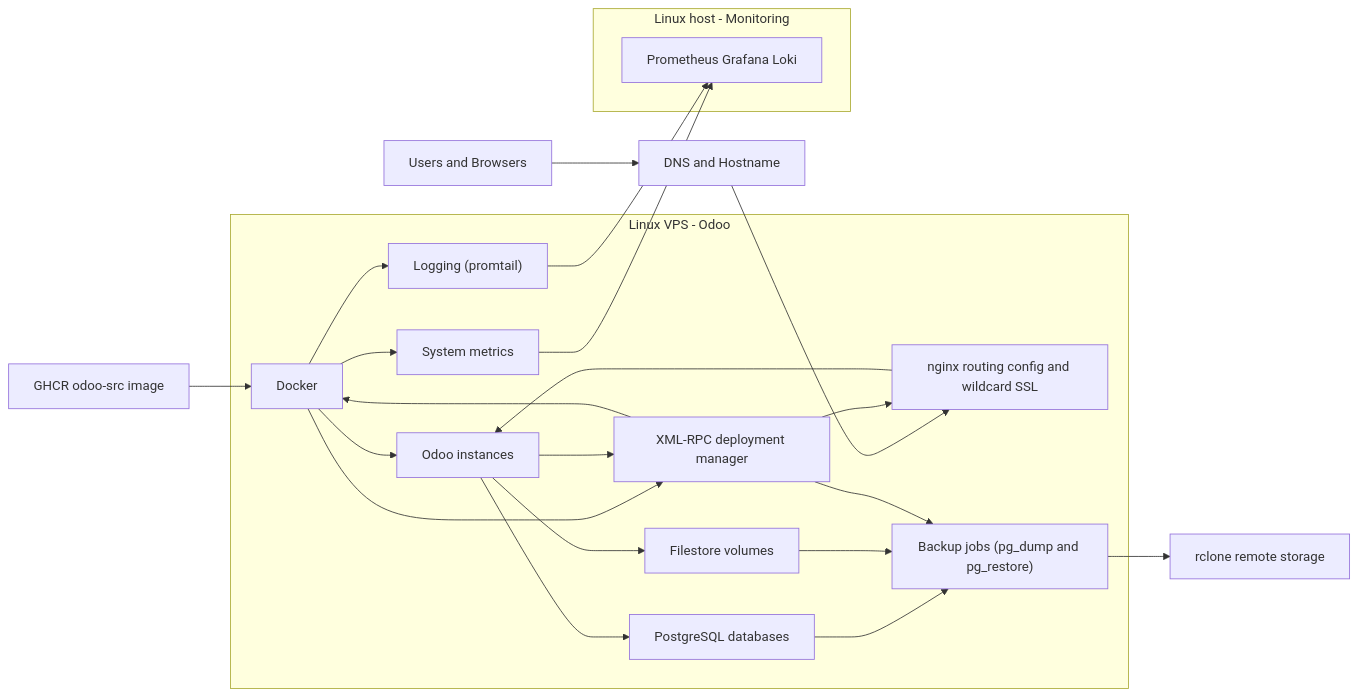
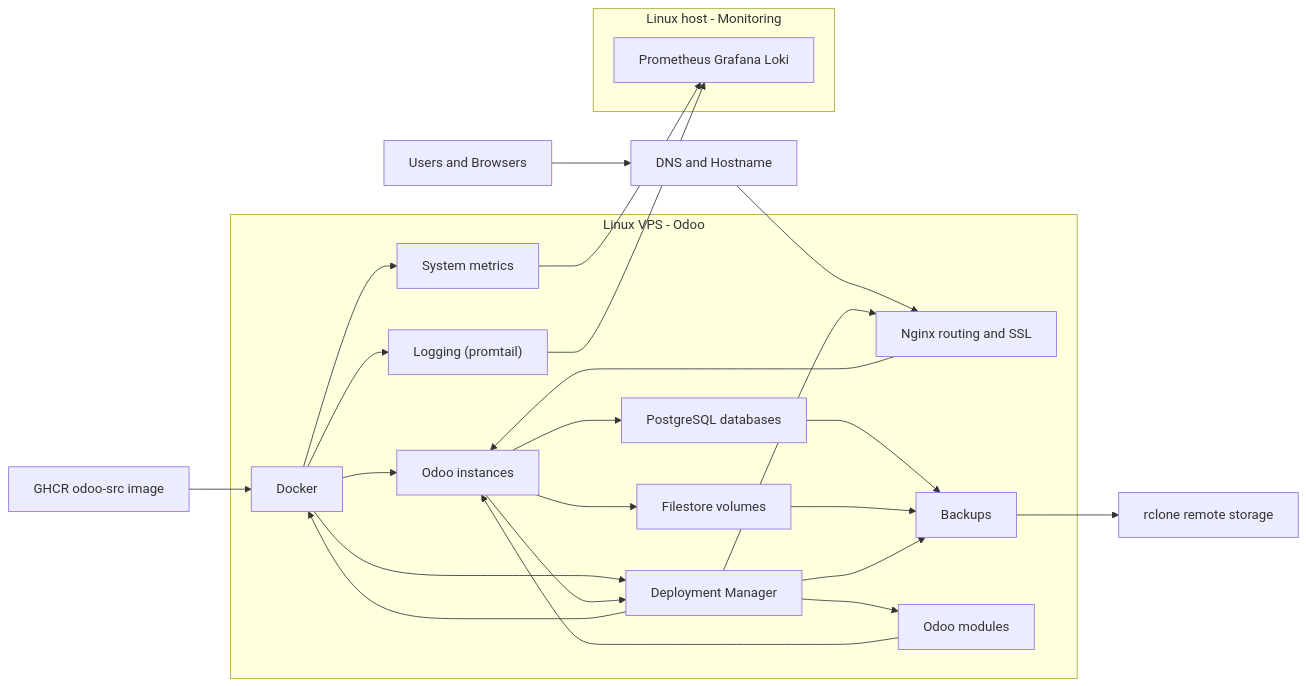
Before and after one commit to elmeriniemela/deploy-manager: the diagram in README.md, drawn with Mermaid. The commit also changed other lines of this file, not shown here.

````diff
--- a/README.md
+++ b/README.md
@@ -7,48 +7,65 @@
 ```mermaid
 flowchart LR
     GHCR["GHCR odoo-src image"]
+    User["Users and Browsers"]
+    DNS["DNS and Hostname"]
+    Nginx["Nginx routing and SSL"]
+    Odoo["Odoo instances"]
+    PG["PostgreSQL databases"]
+    FS["Filestore volumes"]
+    DeployManager["Deployment Manager"]
+    Backup["Backups"]
+    Rclone["rclone remote storage"]
+    Monitoring["Prometheus Grafana Loki"]
+    Metrics["System metrics"]
+    Logs["Logging (promtail)"]
+    Modules["Odoo modules"]
+
     GHCR --> Docker
     Docker --> Odoo
+    Modules --> Odoo
     Docker --> DeployManager
 
-    User["Users and Browsers"] --> DNS["DNS and Hostname"]
-    DNS --> NginxCfg["nginx routing config and wildcard SSL"]
-    NginxCfg --> Odoo["Odoo instances"]
-    Odoo --> PG["PostgreSQL databases"]
-    Odoo --> FS["Filestore volumes"]
-    Odoo --> DeployManager["XML-RPC deployment manager"]
+    User --> DNS
+    DNS --> Nginx
+    Nginx --> Odoo
+    Odoo --> PG
+    Odoo --> FS
+    Odoo --> DeployManager
 
     PG --> Backup
     FS --> Backup
 
     DeployManager --> Docker
-    DeployManager --> NginxCfg
-    DeployManager --> Backup["Backup jobs (pg_dump and pg_restore)"]
-    Backup --> Rclone["rclone remote storage"]
+    DeployManager --> Nginx
+    DeployManager --> Backup
+    DeployManager --> Modules
+    Backup --> Rclone
 
-    Metrics["System metrics"]
-    Logs["Logging (promtail)"]
     Docker --> Metrics
     Docker --> Logs
+
+    Metrics --> Monitoring
+    Logs --> Monitoring
 
 
     subgraph OdooHost["Linux VPS - Odoo"]
         Docker
         Odoo
         PG
         FS
         DeployManager
-        NginxCfg
+        Modules
+        Nginx
         Backup
         Metrics
         Logs
     end
 
 
     subgraph MonHost["Linux host - Monitoring"]
-      Mon["Prometheus Grafana Loki"]
+      Monitoring
     end
 
-    Metrics --> Mon
-    Logs --> Mon
+
 ```
````
